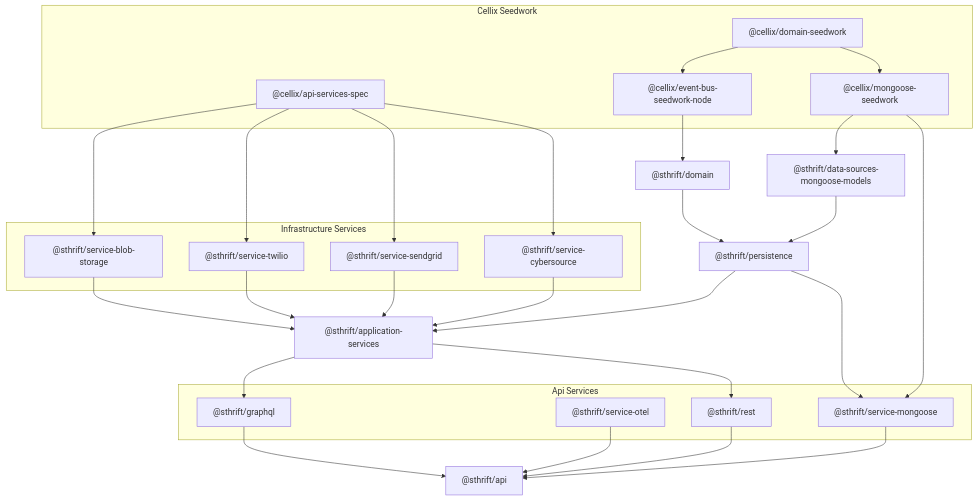
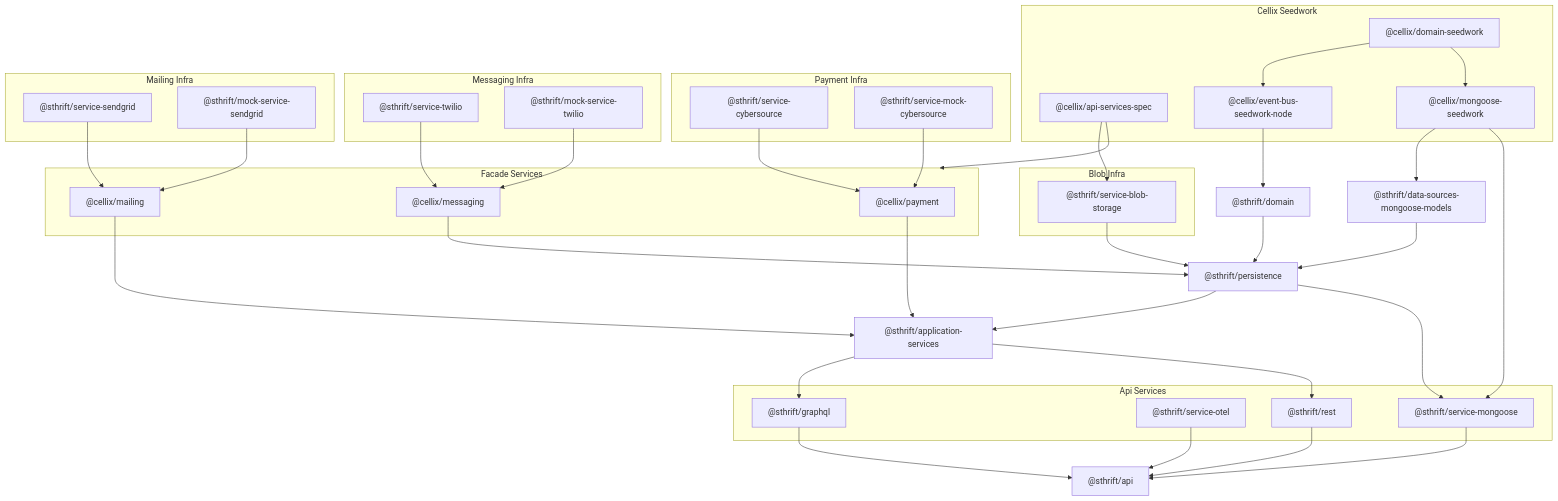
The diagram in documents/architecture-diagram.md (simnova/sharethrift), drawn with Mermaid before and after one commit.

Commit message:
updates to diagram organization

````diff
--- a/documents/architecture-diagram.md
+++ b/documents/architecture-diagram.md
@@ -2,7 +1,6 @@
 ```mermaid
-
 graph TD
-  %% Seedwork and shared libraries
+  %% Cellix Seedwork (top)
   subgraph Cellix Seedwork
     cellix-api-services-spec["@cellix/api-services-spec"]
     cellix-domain-seedwork["@cellix/domain-seedwork"]
@@ -10,35 +8,63 @@
     cellix-mongoose-seedwork["@cellix/mongoose-seedwork"]
   end
 
+  %% Infrastructure Services (split for clarity, spaced for linearity)
+
+  subgraph Payment Infra
+    sthrft-service-cybersource["@sthrift/service-cybersource"]
+    sthrft-service-mock-cybersource["@sthrift/service-mock-cybersource"]
+  end
+
+  %% vertical space
+
+  subgraph Messaging Infra
+    sthrft-service-twilio["@sthrift/service-twilio"]
+    sthrft-mock-service-twilio["@sthrift/mock-service-twilio"]
+  end
+
+  %% vertical space
+
+  subgraph Mailing Infra
+    sthrft-service-sendgrid["@sthrift/service-sendgrid"]
+    sthrft-mock-service-sendgrid["@sthrift/mock-service-sendgrid"]
+  end
+
+  %% extra vertical space
+
+  subgraph FacadeServices["Facade Services"]
+    cellix-payment["@cellix/payment"]
+    cellix-messaging["@cellix/messaging"]
+    cellix-mailing["@cellix/mailing"]
+  end
+
   %% Domain Layer
   sthrft-domain["@sthrift/domain"]
+
+  %% Blob Infra above Persistence
+  subgraph Blob Infra
+    sthrft-service-blob["@sthrift/service-blob-storage"]
+  end
+
+  %% extra vertical space
+
+  %% extra vertical space
   sthrft-data-sources-mongoose-models["@sthrift/data-sources-mongoose-models"]
 
-  %% Application Layer
+  %% Persistence (below domain)
+  sthrft-persistence["@sthrift/persistence"]
+
+  %% Application Layer (below persistence)
   sthrft-application-services["@sthrift/application-services"]
 
-  %% External Services (above Application Layer)
-  subgraph Infrastructure Services
-  sthrft-service-blob["@sthrift/service-blob-storage"]
-  sthrft-service-cybersource["@sthrift/service-cybersource"]
-  sthrft-service-sendgrid["@sthrift/service-sendgrid"]
-  sthrft-service-twilio["@sthrift/service-twilio"]
+  %% API Services (below app)
+  subgraph Api Services
+    sthrft-graphql["@sthrift/graphql"]
+    sthrft-service-otel["@sthrift/service-otel"]
+    sthrft-rest["@sthrift/rest"]
+    sthrft-service-mongoose["@sthrift/service-mongoose"]
   end
 
-  %% Infrastructure Layer
-  sthrft-persistence["@sthrift/persistence"]
-  sthrft-service-blob["@sthrift/service-blob-storage"]
-  sthrft-service-cybersource["@sthrift/service-cybersource"]
-  sthrft-service-sendgrid["@sthrift/service-sendgrid"]
-  sthrft-service-twilio["@sthrift/service-twilio"]
-
-  %% API Layer
-  subgraph Api Services
-  sthrft-graphql["@sthrift/graphql"]
-  sthrft-service-otel["@sthrift/service-otel"]
-  sthrft-rest["@sthrift/rest"]
-  sthrft-service-mongoose["@sthrift/service-mongoose"]
-  end
+  %% API Entrypoint (bottom)
   sthrft-api["@sthrift/api"]
 
   %% Connections
@@ -46,35 +72,48 @@
   cellix-domain-seedwork --> cellix-mongoose-seedwork
   cellix-event-bus-seedwork-node --> sthrft-domain
   cellix-mongoose-seedwork --> sthrft-data-sources-mongoose-models
+
+  %% vertical space
+
+  %% Infra to Facade arrows (top-down only)
+  sthrft-service-cybersource --> cellix-payment
+  sthrft-service-mock-cybersource --> cellix-payment
+  sthrft-service-twilio --> cellix-messaging
+  sthrft-mock-service-twilio --> cellix-messaging
+  sthrft-service-sendgrid --> cellix-mailing
+  sthrft-mock-service-sendgrid --> cellix-mailing
   cellix-mongoose-seedwork --> sthrft-service-mongoose
+
+  %% vertical space
+
+  %% API Services Spec connections
   cellix-api-services-spec --> sthrft-service-blob
-  cellix-api-services-spec --> sthrft-service-twilio
-  cellix-api-services-spec --> sthrft-service-sendgrid
-  cellix-api-services-spec --> sthrft-service-cybersource
+  cellix-api-services-spec --> FacadeServices
 
 
+  %% vertical space
+
   sthrft-domain --> sthrft-persistence
+  cellix-messaging --> sthrft-persistence
+  sthrft-data-sources-mongoose-models --> sthrft-persistence
+  sthrft-persistence --> sthrft-application-services
+  cellix-mailing --> sthrft-application-services
+  cellix-payment --> sthrft-application-services
+  sthrft-service-blob --> sthrft-persistence
+  sthrft-persistence --> sthrft-service-mongoose
 
-  sthrft-data-sources-mongoose-models --> sthrft-persistence
-
-  sthrft-persistence --> sthrft-application-services
-  sthrft-service-blob --> sthrft-application-services
-  sthrft-service-cybersource --> sthrft-application-services
-  sthrft-service-sendgrid --> sthrft-application-services
-  sthrft-service-twilio --> sthrft-application-services
-  sthrft-persistence --> sthrft-service-mongoose
+  %% vertical space
 
   sthrft-application-services --> sthrft-graphql
   sthrft-application-services --> sthrft-rest
 
+  %% vertical space
+
   sthrft-service-mongoose --> sthrft-api
   sthrft-service-otel --> sthrft-api
-
   sthrft-graphql --> sthrft-api
   sthrft-rest --> sthrft-api
 
   %% API entrypoint
   sthrft-api["@sthrift/api"]
-
-
 ```
````
